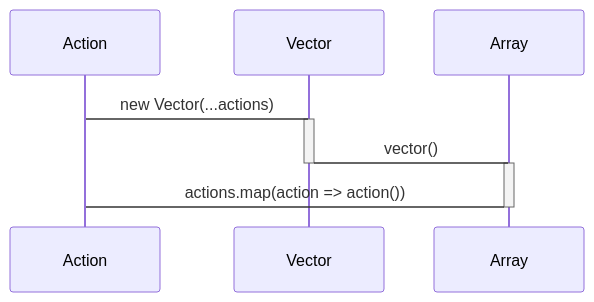
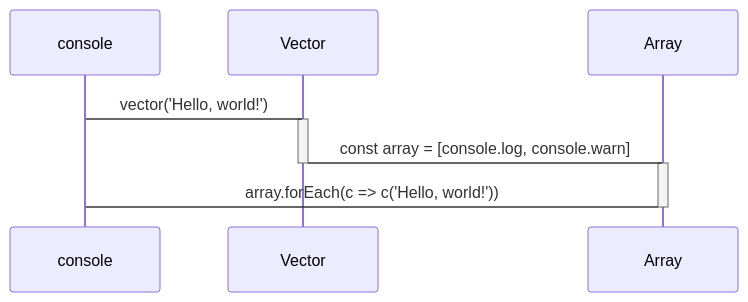
Before and after one commit to domrally/peekeasy: the third of 4 diagrams in README.md, drawn with Mermaid. The commit also changed other lines of this file, not shown here.

````diff
--- a/README.md
+++ b/README.md
@@ -103,10 +100,10 @@
 ```mermaid
 sequenceDiagram
-    Action->Vector: new Vector(...actions)
+    console->Vector: vector('Hello, world!')
     activate Vector
-    Vector->Array: vector()
+    Vector->Array: const array = [console.log, console.warn]
     deactivate Vector
     activate Array
-    Array->Action: actions.map(action => action())
+    Array->console: array.forEach(c => c('Hello, world!'))
     deactivate Array
 ```
````
